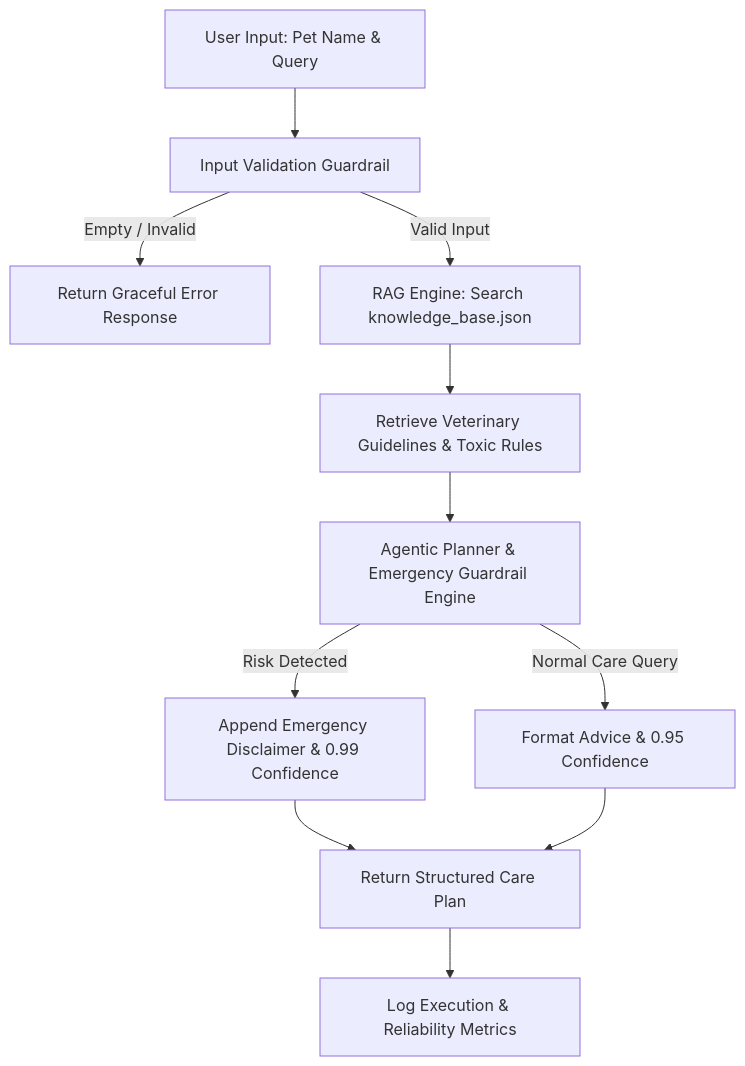
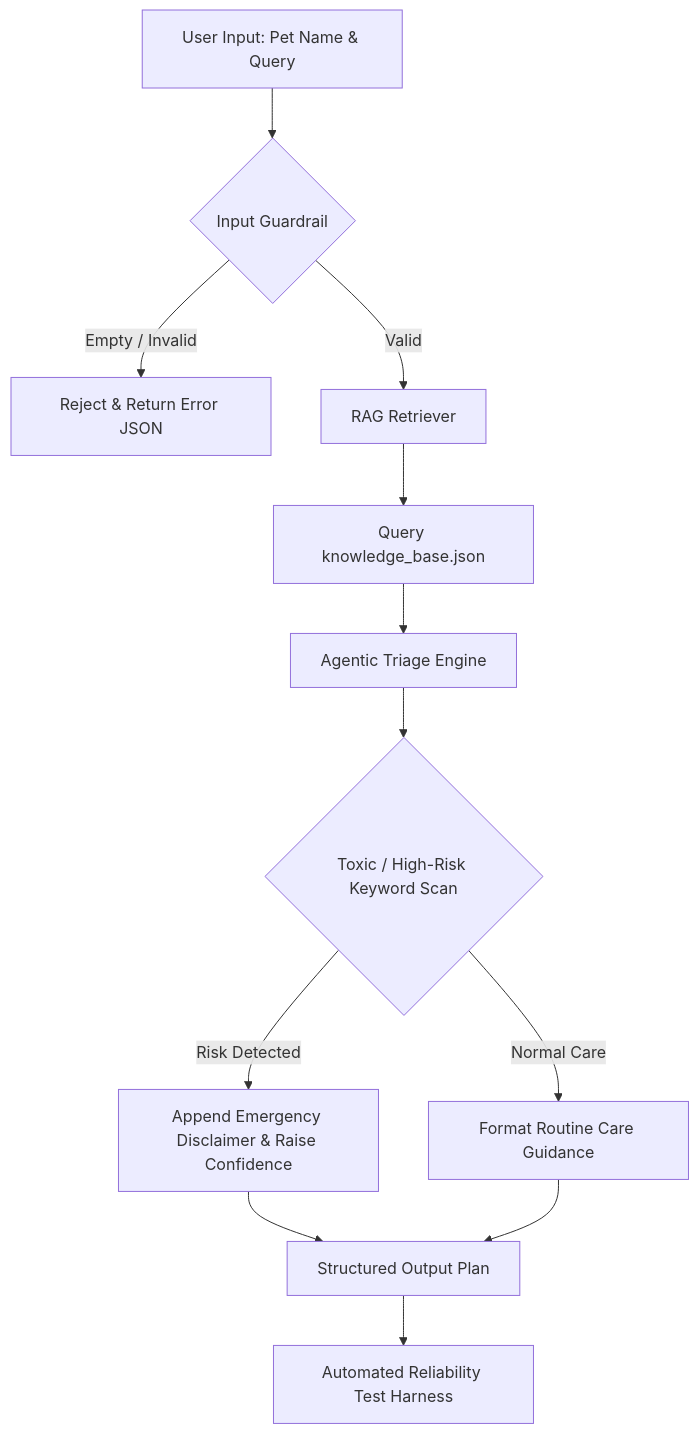
The diagram in diagrams/architecture.mmd (Eyaisu1463/applied-ai-system-project), drawn with Mermaid before and after one commit. The commit also changed 1 other file, not shown here.

Commit message:
Update README.md with reproducible test logs and architecture diagrams

```diff
--- a/diagrams/architecture.mmd
+++ b/diagrams/architecture.mmd
@@ -1,11 +1,12 @@
 graph TD
-    A[User Input: Pet Name & Query] --> B[Input Validation Guardrail]
-    B -->|Empty / Invalid| C[Return Graceful Error Response]
-    B -->|Valid Input| D[RAG Engine: Search knowledge_base.json]
-    D --> E[Retrieve Veterinary Guidelines & Toxic Rules]
-    E --> F[Agentic Planner & Emergency Guardrail Engine]
-    F -->|Risk Detected| G[Append Emergency Disclaimer & 0.99 Confidence]
-    F -->|Normal Care Query| H[Format Advice & 0.95 Confidence]
-    G --> I[Return Structured Care Plan]
-    H --> I
-    I --> J[Log Execution & Reliability Metrics]
+    A[User Input: Pet Name & Query] --> B{Input Guardrail}
+    B -- Empty / Invalid --> C[Reject & Return Error JSON]
+    B -- Valid --> D[RAG Retriever]
+    D --> E[Query knowledge_base.json]
+    E --> F[Agentic Triage Engine]
+    F --> G{Toxic / High-Risk Keyword Scan}
+    G -- Risk Detected --> H[Append Emergency Disclaimer & Raise Confidence]
+    G -- Normal Care --> I[Format Routine Care Guidance]
+    H --> J[Structured Output Plan]
+    I --> J
+    J --> K[Automated Reliability Test Harness]
```
